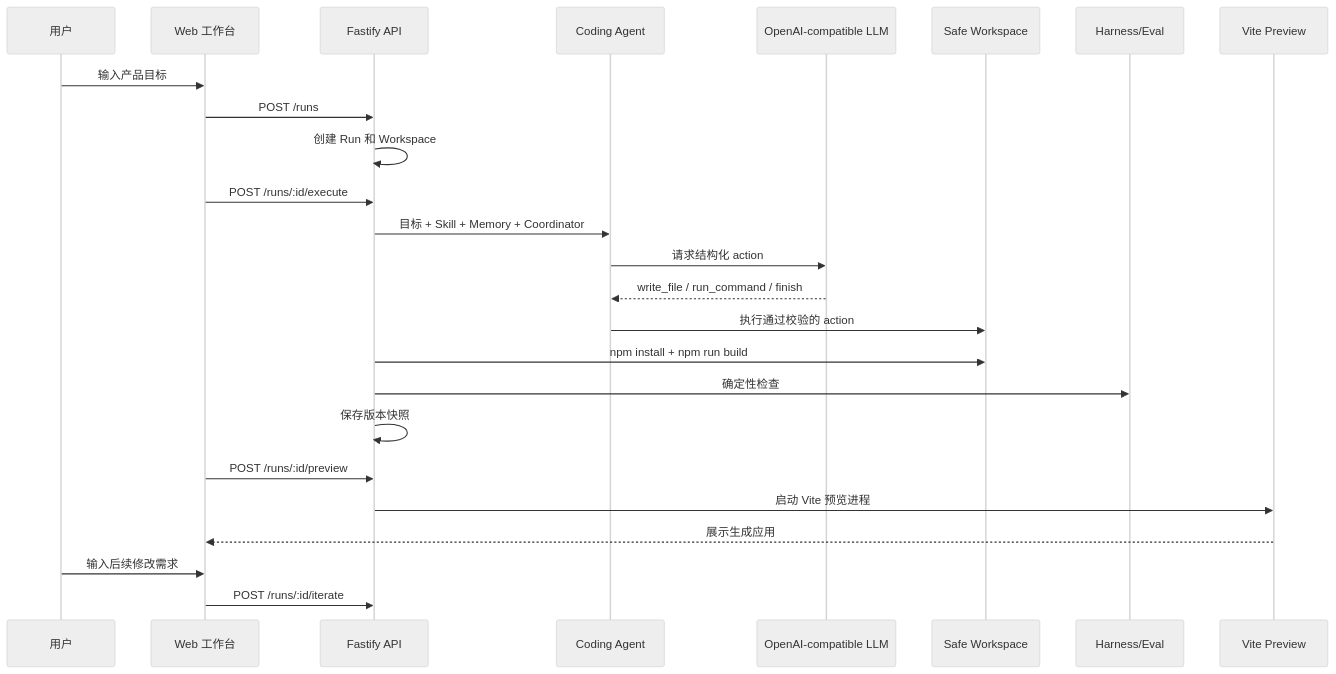
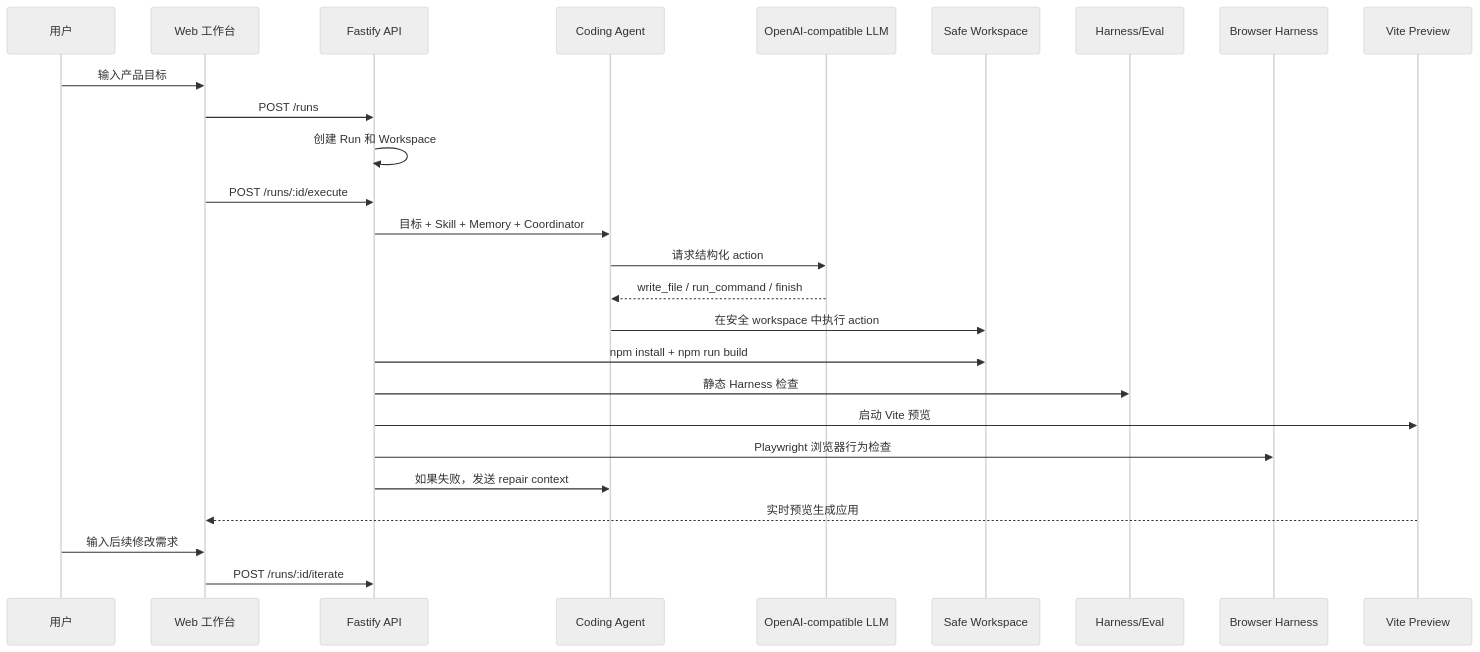
Before and after one commit to Marvin725626/appforge-agent-platform: the first of 2 diagrams in README.zh-CN.md, drawn with Mermaid (neutral theme). The commit also changed other lines of this file and 22 other files, not shown here.

Commit message:
Add browser harness repair loop and docs

````diff
--- a/README.zh-CN.md
+++ b/README.zh-CN.md
@@ -33,28 +45,29 @@
 ```mermaid
 sequenceDiagram
     participant User as 用户
     participant Web as Web 工作台
     participant API as Fastify API
     participant Agent as Coding Agent
     participant LLM as OpenAI-compatible LLM
     participant WS as Safe Workspace
     participant Eval as Harness/Eval
+    participant Browser as Browser Harness
     participant Preview as Vite Preview
 
     User->>Web: 输入产品目标
     Web->>API: POST /runs
     API->>API: 创建 Run 和 Workspace
     Web->>API: POST /runs/:id/execute
     API->>Agent: 目标 + Skill + Memory + Coordinator
     Agent->>LLM: 请求结构化 action
     LLM-->>Agent: write_file / run_command / finish
-    Agent->>WS: 执行通过校验的 action
+    Agent->>WS: 在安全 workspace 中执行 action
     API->>WS: npm install + npm run build
-    API->>Eval: 确定性检查
-    API->>API: 保存版本快照
-    Web->>API: POST /runs/:id/preview
-    API->>Preview: 启动 Vite 预览进程
-    Preview-->>Web: 展示生成应用
+    API->>Eval: 静态 Harness 检查
+    API->>Preview: 启动 Vite 预览
+    API->>Browser: Playwright 浏览器行为检查
+    API->>Agent: 如果失败，发送 repair context
+    Preview-->>Web: 实时预览生成应用
     User->>Web: 输入后续修改需求
     Web->>API: POST /runs/:id/iterate
 ```
````
